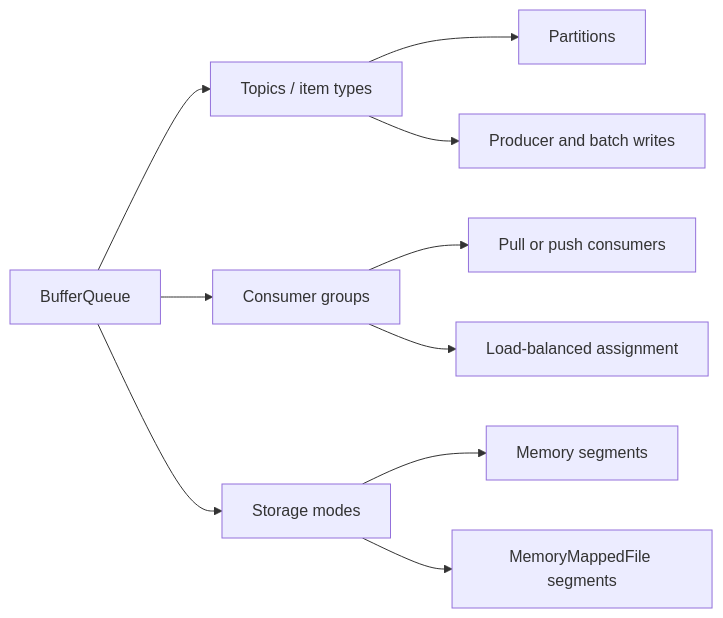
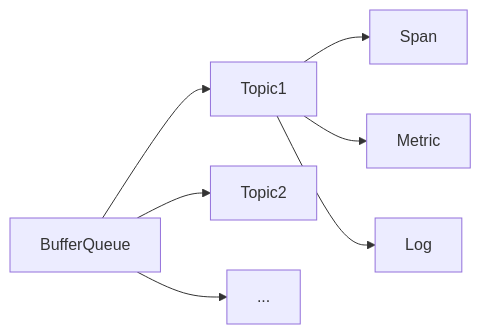
The diagram in docs/assets/BufferQueueMindMap.mmd (eventhorizon-cli/BufferQueue), drawn with Mermaid before and after one commit. The commit also changed 5 other files, not shown here.

Commit message:
fix: preserve original diagram layouts in SVG

```diff
--- a/docs/assets/BufferQueueMindMap.mmd
+++ b/docs/assets/BufferQueueMindMap.mmd
@@ -1,10 +1,7 @@
 flowchart LR
-    Q[BufferQueue] --> T[Topics / item types]
-    Q --> G[Consumer groups]
-    Q --> S[Storage modes]
-    T --> P[Partitions]
-    T --> R[Producer and batch writes]
-    G --> C[Pull or push consumers]
-    G --> A[Load-balanced assignment]
-    S --> M[Memory segments]
-    S --> F[MemoryMappedFile segments]
+    Q[BufferQueue] --> T1[Topic1]
+    Q --> T2[Topic2]
+    Q --> More[...]
+    T1 --> Span[Span]
+    T1 --> Metric[Metric]
+    T1 --> Log[Log]
```
